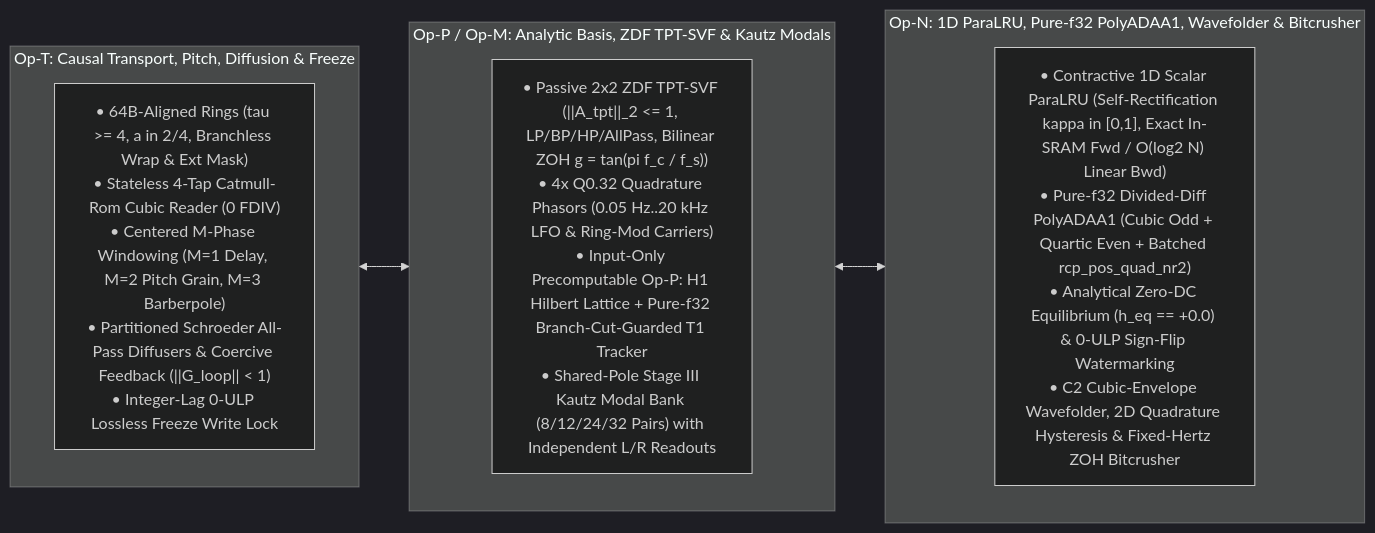
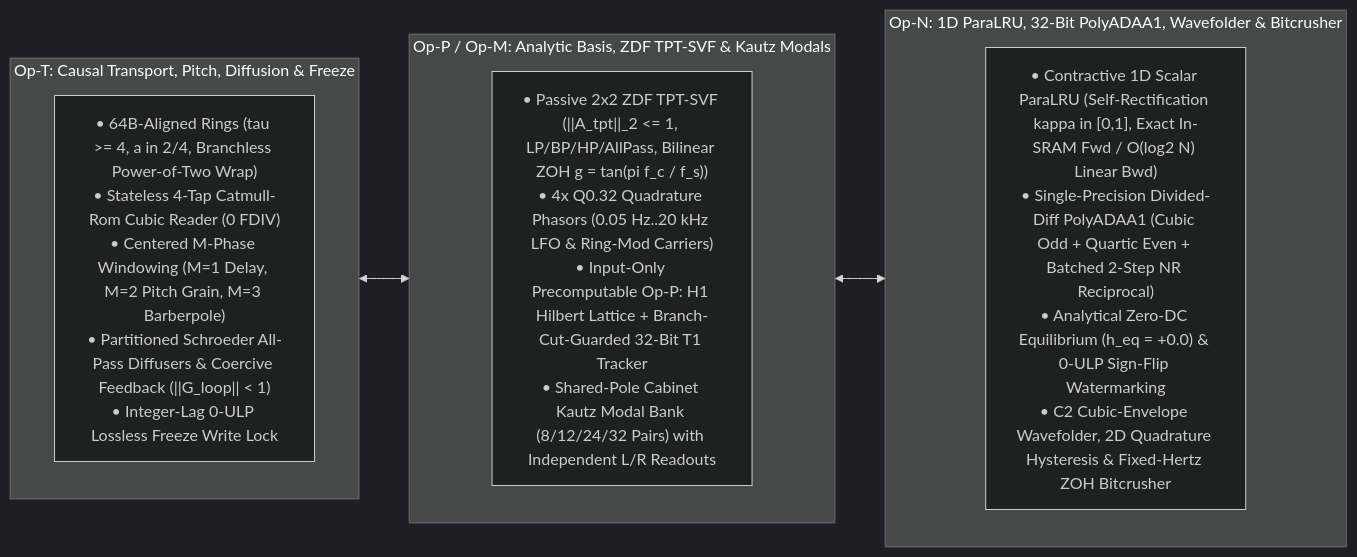
The third of 7 diagrams in docs/specs/architecture/sona_architecture.md (mokugen/dnam), drawn with Mermaid (dark theme) before and after one commit. The commit also changed other lines of this file and 198 other files, not shown here.

````diff
--- a/docs/specs/architecture/sona_architecture.md
+++ b/docs/specs/architecture/sona_architecture.md
@@ -176,20 +210,20 @@
 ```mermaid
 flowchart LR
     subgraph OpT ["Op-T: Causal Transport, Pitch, Diffusion & Freeze"]
         direction TB
-        T1["• 64B-Aligned Rings (tau >= 4, a in 2/4, Branchless Wrap & Ext Mask)<br/>• Stateless 4-Tap Catmull-Rom Cubic Reader (0 FDIV)<br/>• Centered M-Phase Windowing (M=1 Delay, M=2 Pitch Grain, M=3 Barberpole)<br/>• Partitioned Schroeder All-Pass Diffusers & Coercive Feedback (||G_loop|| < 1)<br/>• Integer-Lag 0-ULP Lossless Freeze Write Lock"]
+        T1["• 64B-Aligned Rings (tau >= 4, a in 2/4, Branchless Power-of-Two Wrap)<br/>• Stateless 4-Tap Catmull-Rom Cubic Reader (0 FDIV)<br/>• Centered M-Phase Windowing (M=1 Delay, M=2 Pitch Grain, M=3 Barberpole)<br/>• Partitioned Schroeder All-Pass Diffusers & Coercive Feedback (||G_loop|| < 1)<br/>• Integer-Lag 0-ULP Lossless Freeze Write Lock"]
     end
 
     subgraph OpM ["Op-P / Op-M: Analytic Basis, ZDF TPT-SVF & Kautz Modals"]
         direction TB
-        M1["• Passive 2x2 ZDF TPT-SVF (||A_tpt||_2 <= 1, LP/BP/HP/AllPass, Bilinear ZOH g = tan(pi f_c / f_s))<br/>• 4x Q0.32 Quadrature Phasors (0.05 Hz..20 kHz LFO & Ring-Mod Carriers)<br/>• Input-Only Precomputable Op-P: H1 Hilbert Lattice + Pure-f32 Branch-Cut-Guarded T1 Tracker<br/>• Shared-Pole Stage III Kautz Modal Bank (8/12/24/32 Pairs) with Independent L/R Readouts"]
+        M1["• Passive 2x2 ZDF TPT-SVF (||A_tpt||_2 <= 1, LP/BP/HP/AllPass, Bilinear ZOH g = tan(pi f_c / f_s))<br/>• 4x Q0.32 Quadrature Phasors (0.05 Hz..20 kHz LFO & Ring-Mod Carriers)<br/>• Input-Only Precomputable Op-P: H1 Hilbert Lattice + Branch-Cut-Guarded 32-Bit T1 Tracker<br/>• Shared-Pole Cabinet Kautz Modal Bank (8/12/24/32 Pairs) with Independent L/R Readouts"]
     end
 
-    subgraph OpN ["Op-N: 1D ParaLRU, Pure-f32 PolyADAA1, Wavefolder & Bitcrusher"]
+    subgraph OpN ["Op-N: 1D ParaLRU, 32-Bit PolyADAA1, Wavefolder & Bitcrusher"]
         direction TB
-        N1["• Contractive 1D Scalar ParaLRU (Self-Rectification kappa in [0,1], Exact In-SRAM Fwd / O(log2 N) Linear Bwd)<br/>• Pure-f32 Divided-Diff PolyADAA1 (Cubic Odd + Quartic Even + Batched rcp_pos_quad_nr2)<br/>• Analytical Zero-DC Equilibrium (h_eq == +0.0) & 0-ULP Sign-Flip Watermarking<br/>• C2 Cubic-Envelope Wavefolder, 2D Quadrature Hysteresis & Fixed-Hertz ZOH Bitcrusher"]
+        N1["• Contractive 1D Scalar ParaLRU (Self-Rectification kappa in [0,1], Exact In-SRAM Fwd / O(log2 N) Linear Bwd)<br/>• Single-Precision Divided-Diff PolyADAA1 (Cubic Odd + Quartic Even + Batched 2-Step NR Reciprocal)<br/>• Analytical Zero-DC Equilibrium (h_eq = +0.0) & 0-ULP Sign-Flip Watermarking<br/>• C2 Cubic-Envelope Wavefolder, 2D Quadrature Hysteresis & Fixed-Hertz ZOH Bitcrusher"]
     end
 
     T1 <--> M1
     M1 <--> N1
 ```
````
